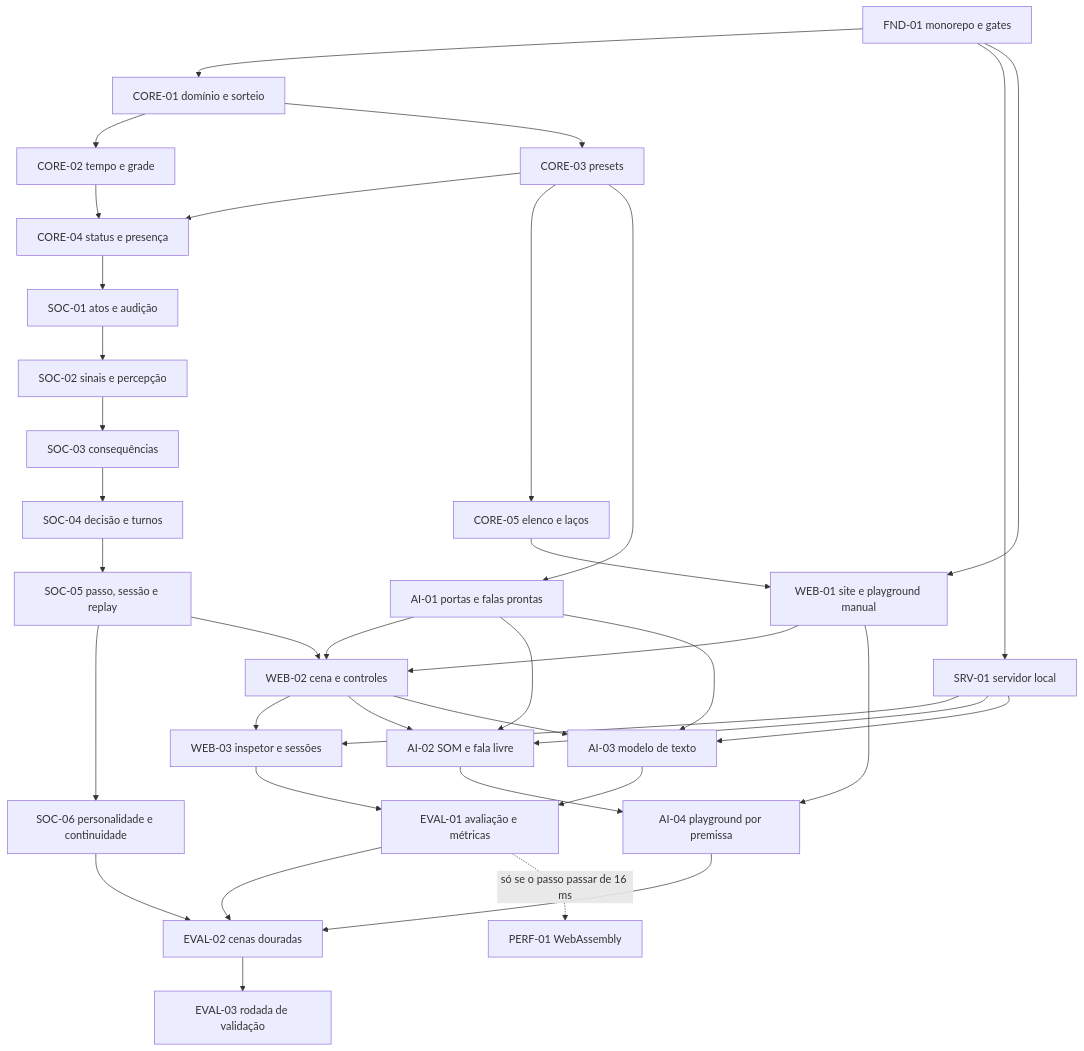
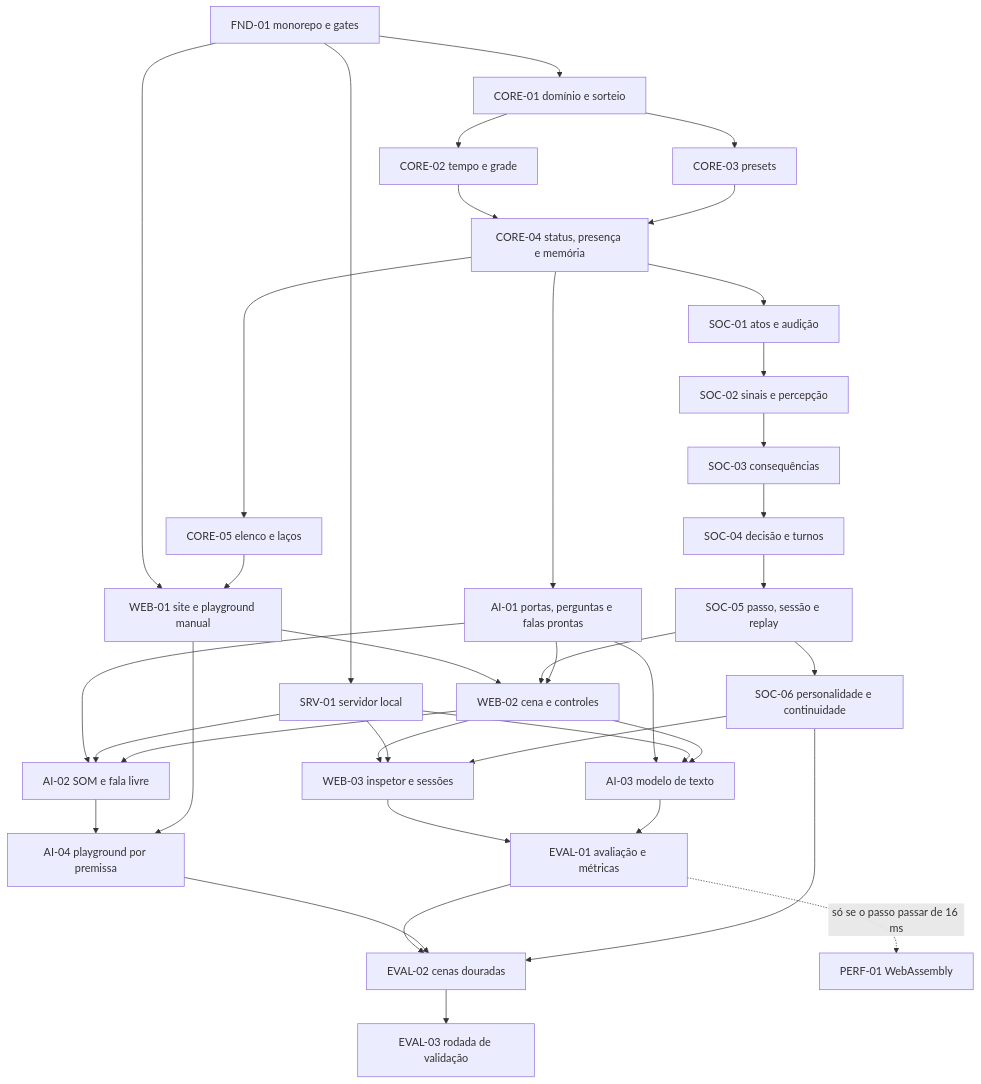
One commit to frederico-kluser/ai-fantasy changed the diagram in ROADMAP.md. Above: the diagram before and after it, drawn with Mermaid. The commit also changed other lines of this file and 50 other files, not shown here.

````diff
--- a/ROADMAP.md
+++ b/ROADMAP.md
@@ -43,39 +43,40 @@
 ```mermaid
 flowchart TD
     FND01["FND-01 monorepo e gates"] --> CORE01["CORE-01 domínio e sorteio"]
     FND01 --> SRV01["SRV-01 servidor local"]
     CORE01 --> CORE02["CORE-02 tempo e grade"]
     CORE01 --> CORE03["CORE-03 presets"]
-    CORE02 --> CORE04["CORE-04 status e presença"]
+    CORE02 --> CORE04["CORE-04 status, presença e memória"]
     CORE03 --> CORE04
-    CORE03 --> CORE05["CORE-05 elenco e laços"]
-    CORE03 --> AI01["AI-01 portas e falas prontas"]
+    CORE04 --> CORE05["CORE-05 elenco e laços"]
+    CORE04 --> AI01["AI-01 portas, perguntas e falas prontas"]
     CORE04 --> SOC01["SOC-01 atos e audição"]
     SOC01 --> SOC02["SOC-02 sinais e percepção"]
     SOC02 --> SOC03["SOC-03 consequências"]
     SOC03 --> SOC04["SOC-04 decisão e turnos"]
     SOC04 --> SOC05["SOC-05 passo, sessão e replay"]
     SOC05 --> SOC06["SOC-06 personalidade e continuidade"]
     FND01 --> WEB01["WEB-01 site e playground manual"]
     CORE05 --> WEB01
     WEB01 --> WEB02["WEB-02 cena e controles"]
     SOC05 --> WEB02
     AI01 --> WEB02
     WEB02 --> WEB03["WEB-03 inspetor e sessões"]
     SRV01 --> WEB03
+    SOC06 --> WEB03
     AI01 --> AI02["AI-02 SOM e fala livre"]
     SRV01 --> AI02
     WEB02 --> AI02
     AI01 --> AI03["AI-03 modelo de texto"]
     SRV01 --> AI03
     WEB02 --> AI03
     AI02 --> AI04["AI-04 playground por premissa"]
     WEB01 --> AI04
     WEB03 --> EVAL01["EVAL-01 avaliação e métricas"]
     AI03 --> EVAL01
     EVAL01 --> EVAL02["EVAL-02 cenas douradas"]
     AI04 --> EVAL02
     SOC06 --> EVAL02
     EVAL02 --> EVAL03["EVAL-03 rodada de validação"]
     EVAL01 -. "só se o passo passar de 16 ms" .-> PERF01["PERF-01 WebAssembly"]
 ```
````
